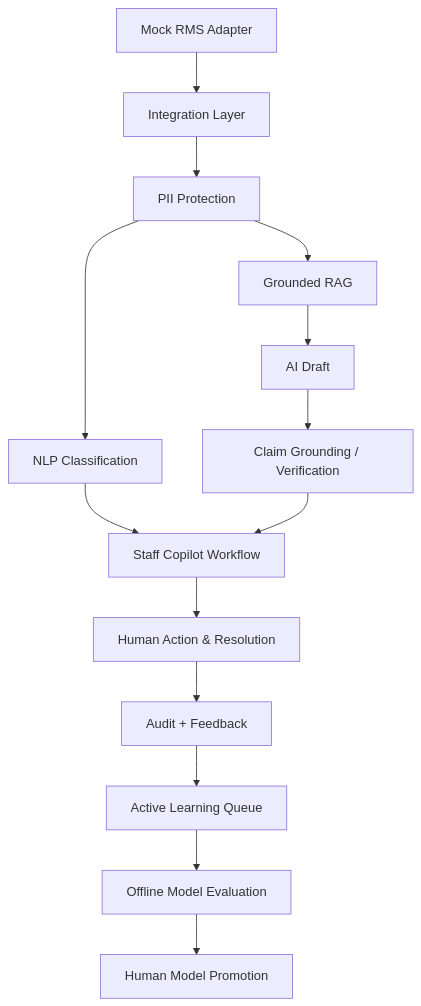
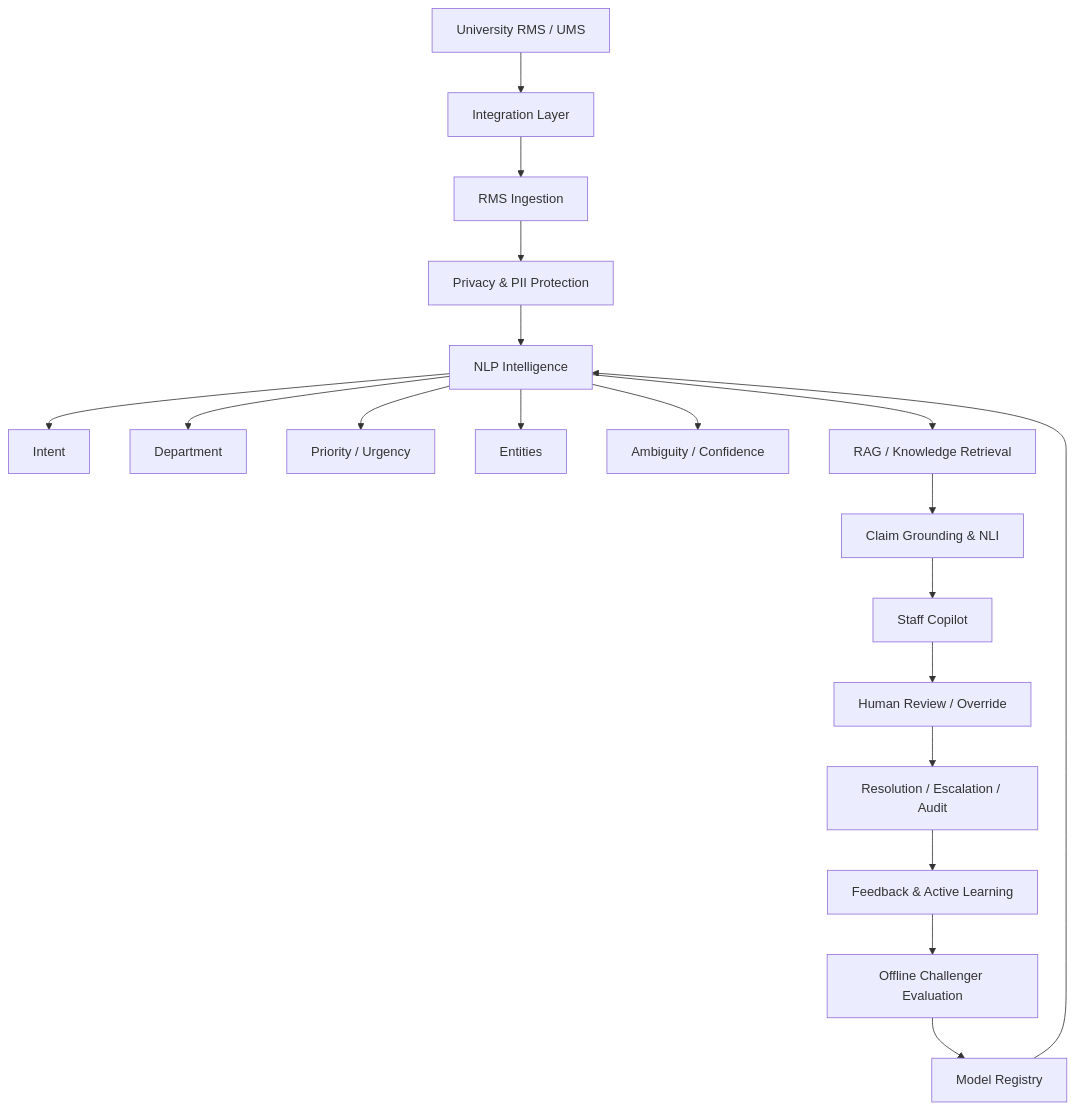
The diagram in README.md (harshilsetty/Smart-RMS), drawn with Mermaid before and after one commit. The commit also changed other lines of this file, not shown here.

````diff
--- a/README.md
+++ b/README.md
@@ -30,16 +91,25 @@
 ```mermaid
-graph TD
-    A[Mock RMS Adapter] --> B[Integration Layer]
-    B --> C[PII Protection]
-    C --> D[NLP Classification]
-    C --> E[Grounded RAG]
-    E --> F[AI Draft]
-    F --> G[Claim Grounding / Verification]
-    D --> H[Staff Copilot Workflow]
-    G --> H
-    H --> I[Human Action & Resolution]
-    I --> J[Audit + Feedback]
-    J --> K[Active Learning Queue]
-    K --> L[Offline Model Evaluation]
-    L --> M[Human Model Promotion]
+flowchart TD
+    A[University RMS / UMS] --> B[Integration Layer]
+    B --> C[RMS Ingestion]
+    C --> D[Privacy & PII Protection]
+    D --> E[NLP Intelligence]
+
+    E --> E1[Intent]
+    E --> E2[Department]
+    E --> E3[Priority / Urgency]
+    E --> E4[Entities]
+    E --> E5[Ambiguity / Confidence]
+
+    E --> F[RAG / Knowledge Retrieval]
+    F --> G[Claim Grounding & NLI]
+    G --> H[Staff Copilot]
+
+    H --> I[Human Review / Override]
+    I --> J[Resolution / Escalation / Audit]
+
+    J --> K[Feedback & Active Learning]
+    K --> L[Offline Challenger Evaluation]
+    L --> M[Model Registry]
+    M --> E
 ```
````
